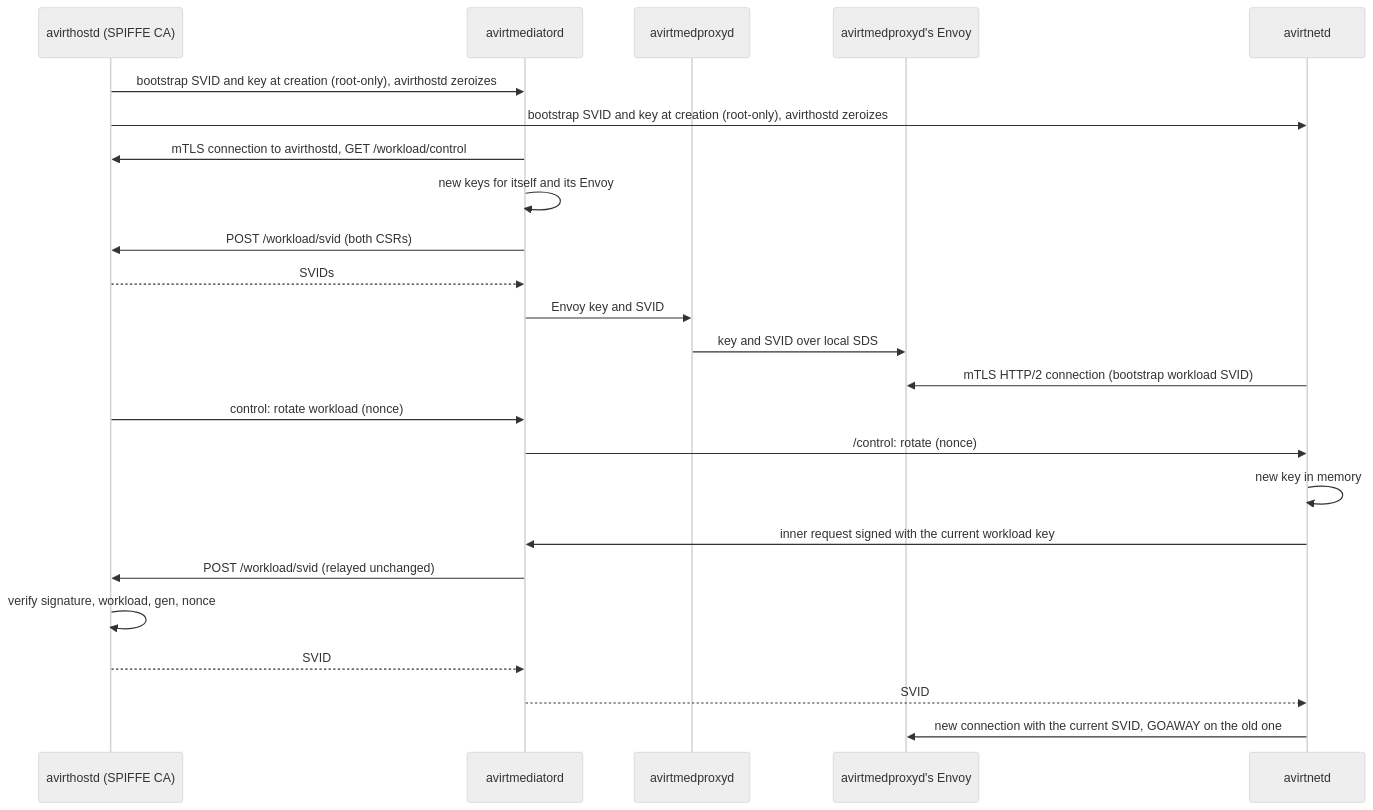
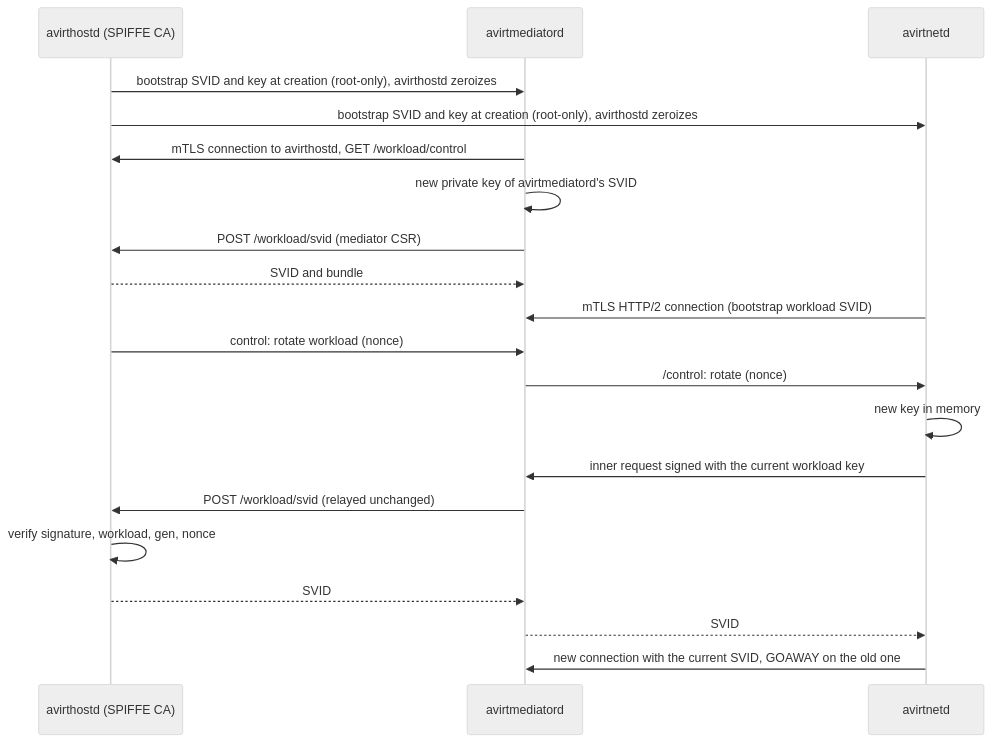
The first of 2 diagrams in docs/identity.md (tbhb-dev/avirt), drawn with Mermaid (neutral theme) before and after one commit. The commit also changed other lines of this file and 116 other files, not shown here.

````diff
--- a/docs/identity.md
+++ b/docs/identity.md
@@ -104,26 +101,22 @@
 ```mermaid
 sequenceDiagram
     participant C as avirthostd (SPIFFE CA)
     participant M as avirtmediatord
-    participant P as avirtmedproxyd
-    participant E as avirtmedproxyd's Envoy
     participant N as avirtnetd
     C->>M: bootstrap SVID and key at creation (root-only), avirthostd zeroizes
     C->>N: bootstrap SVID and key at creation (root-only), avirthostd zeroizes
     M->>C: mTLS connection to avirthostd, GET /workload/control
-    M->>M: new keys for itself and its Envoy
-    M->>C: POST /workload/svid (both CSRs)
-    C-->>M: SVIDs
-    M->>P: Envoy key and SVID
-    P->>E: key and SVID over local SDS
-    N->>E: mTLS HTTP/2 connection (bootstrap workload SVID)
+    M->>M: new private key of avirtmediatord's SVID
+    M->>C: POST /workload/svid (mediator CSR)
+    C-->>M: SVID and bundle
+    N->>M: mTLS HTTP/2 connection (bootstrap workload SVID)
     C->>M: control: rotate workload (nonce)
     M->>N: /control: rotate (nonce)
     N->>N: new key in memory
     N->>M: inner request signed with the current workload key
     M->>C: POST /workload/svid (relayed unchanged)
     C->>C: verify signature, workload, gen, nonce
     C-->>M: SVID
     M-->>N: SVID
-    N->>E: new connection with the current SVID, GOAWAY on the old one
+    N->>M: new connection with the current SVID, GOAWAY on the old one
 ```
````
